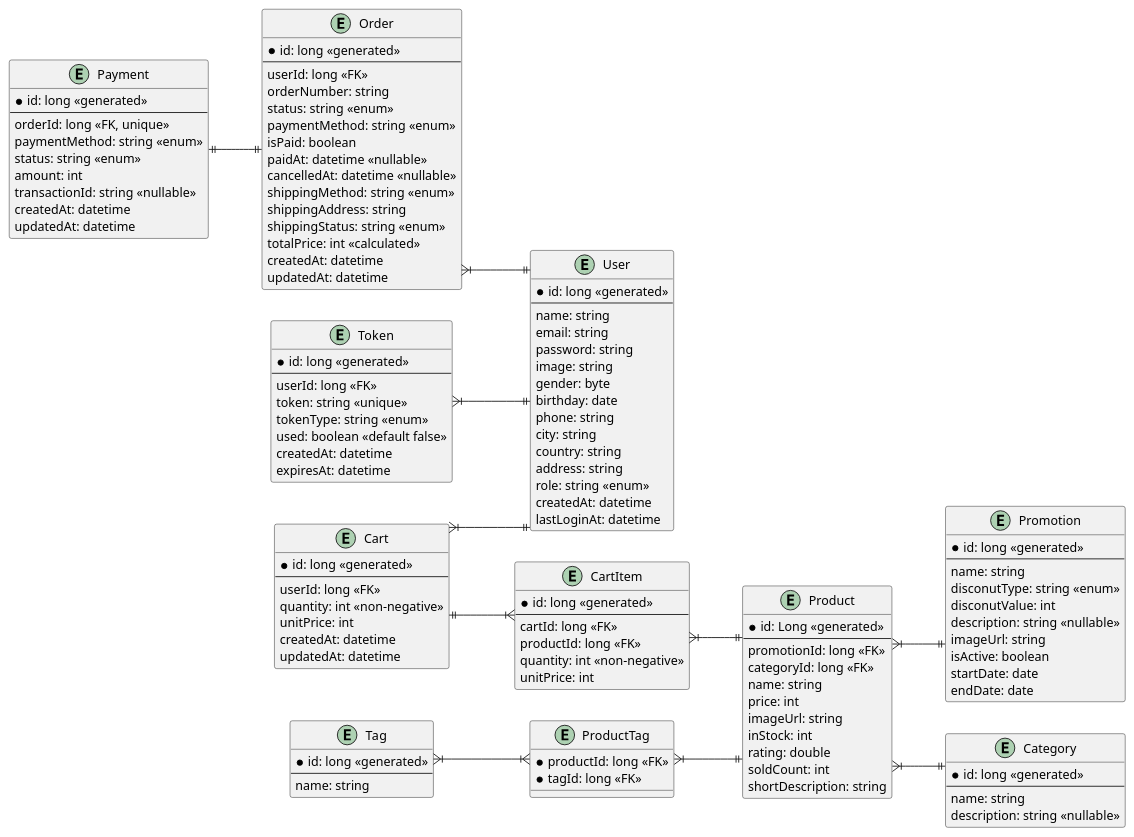
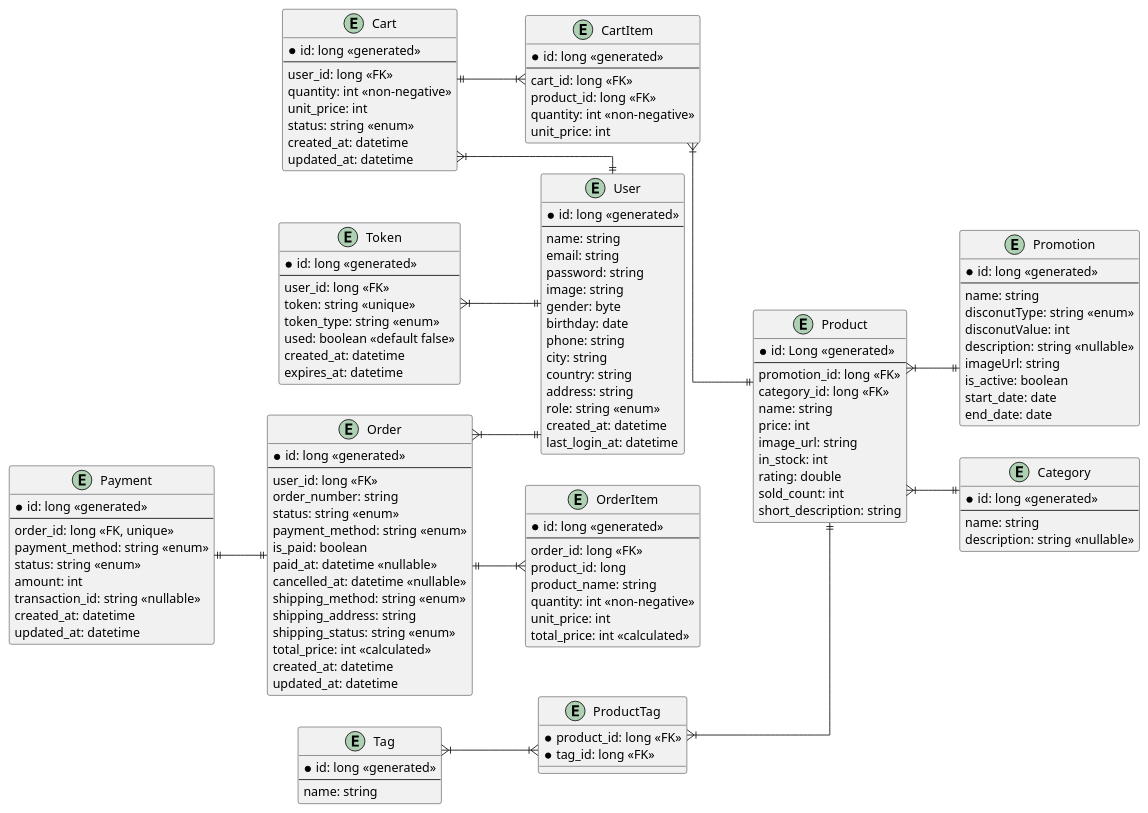
One commit to honeykokia/ecommerce-docs changed the diagram in docs/er-diagram.puml. Above: the diagram before and after it, drawn with PlantUML. The commit also changed 2 other files, not shown here.

Commit message:
feat: Update API spec , database schema, and er diagram
- Update API Spec (from api-spec.yaml)
 - POST /carts/me Change request body from CartInfo to CartAddItemRequest
 - Added POST /admin/promotions endpoint for retrieving promotion details
 - Added CartAddItemRequest dto for adding items to the cart
 - Added CreatePromotionRequest dto for admin to create promotions
 - Added CreateCategoryRequest dto for admin to create catrgories
 - Removed productId, quantity, unitPrice, updateAt field from CartInfo
 - Renamed price to unitPrice in OrderDetailInfo
- Update DataBase Schema & ER diagram
 - database-schema: Created order_items table to store order items
 - er-diagram:
  - Change parameter names to snake_case format
  - Added OrderItem entity to diagram

```diff
--- a/docs/er-diagram.puml
+++ b/docs/er-diagram.puml
@@ -1,147 +1,161 @@
 @startuml
 
 skinparam linetype ortho
 
 left to right direction
 
 entity "User" as User {
     *id: long <<generated>>
     ---
     name: string
     email: string
     password: string
     image: string
     gender: byte
     birthday: date
     phone: string
     city: string
     country: string
     address: string
     role: string <<enum>>
     'guest, member, admin
-    createdAt: datetime
-    lastLoginAt: datetime
+    created_at: datetime
+    last_login_at: datetime
 }
 
 entity "Product" as Product {
     *id: Long <<generated>>
     ---
-    promotionId: long <<FK>>
-    categoryId: long <<FK>>
+    promotion_id: long <<FK>>
+    category_id: long <<FK>>
     name: string
     price: int
-    imageUrl: string
-    inStock: int
+    image_url: string
+    in_stock: int
     rating: double
-    soldCount: int
-    shortDescription: string
+    sold_count: int
+    short_description: string
 }
 entity "CartItem" as CartItem {
     *id: long <<generated>>
     ---
-    cartId: long <<FK>>
-    productId: long <<FK>>
+    cart_id: long <<FK>>
+    product_id: long <<FK>>
     quantity: int <<non-negative>>
-    unitPrice: int
+    unit_price: int
 }
 
 entity "Cart" as Cart {
     *id: long <<generated>>
     ---
-    userId: long <<FK>>
+    user_id: long <<FK>>
     quantity: int <<non-negative>>
-    unitPrice: int
-    createdAt: datetime
-    updatedAt: datetime
+    unit_price: int
+    status: string <<enum>>
+    'ACTIVE, CHECKED_OUT, ABANDONED
+    created_at: datetime
+    updated_at: datetime
 }
 
 entity "Order" as Order {
     *id: long <<generated>>
     ---
-    userId: long <<FK>>
-    orderNumber: string
+    user_id: long <<FK>>
+    order_number: string
     status: string <<enum>>
     'PENDING, PAID, CANCELLED, SHIPPED, COMPLETED
-    paymentMethod: string <<enum>> 
+    payment_method: string <<enum>> 
     'CREDIT_CARD, PAYPAL
-    isPaid: boolean
-    paidAt: datetime <<nullable>>
-    cancelledAt: datetime <<nullable>>
-    shippingMethod: string <<enum>>
+    is_paid: boolean
+    paid_at: datetime <<nullable>>
+    cancelled_at: datetime <<nullable>>
+    shipping_method: string <<enum>>
     'STANDARD, EXPRESS
-    shippingAddress: string
-    shippingStatus: string <<enum>>
+    shipping_address: string
+    shipping_status: string <<enum>>
     'PENDING, IN_TRANSIT, DELIVERED
-    totalPrice: int <<calculated>>
-    createdAt: datetime
-    updatedAt: datetime
+    total_price: int <<calculated>>
+    created_at: datetime
+    updated_at: datetime
+}
+
+entity "OrderItem" as OrderItem{
+    *id: long <<generated>>
+    ---
+    order_id: long <<FK>>
+    product_id: long
+    product_name: string
+    quantity: int <<non-negative>>
+    unit_price: int
+    total_price: int <<calculated>>
 }
 
 entity "Promotion" as Promotion {
     *id: long <<generated>>
     ---
     name: string
     disconutType: string <<enum>>
     'PERCENTAGE, FIXED_AMOUNT
     disconutValue: int
     description: string <<nullable>>
     imageUrl: string
-    isActive: boolean
-    startDate: date
-    endDate: date
+    is_active: boolean
+    start_date: date
+    end_date: date
 }
 
 entity "Payment" as Payment {
     *id: long <<generated>>
     ---
-    orderId: long <<FK, unique>>
-    paymentMethod: string <<enum>> 
+    order_id: long <<FK, unique>>
+    payment_method: string <<enum>> 
     'CREDIT_CARD, PAYPAL, BANK_TRANSFER
     status: string <<enum>>
     'PENDING, COMPLETED, FAILED
     amount: int 
-    transactionId: string <<nullable>>
-    createdAt: datetime
-    updatedAt: datetime
+    transaction_id: string <<nullable>>
+    created_at: datetime
+    updated_at: datetime
 }
 
 entity "Category" as Category {
     *id: long <<generated>>
     ---
     name: string
     description: string <<nullable>>
 }
 
 entity "Tag" as Tag{
     *id: long <<generated>>
     ---
     name: string
 }
 entity "ProductTag" as ProductTag {
-    *productId: long <<FK>>
-    *tagId: long <<FK>>
+    *product_id: long <<FK>>
+    *tag_id: long <<FK>>
 }
 
 entity "Token" as Token {
     *id: long <<generated>>
     ---
-    userId: long <<FK>>
+    user_id: long <<FK>>
     token: string <<unique>>
-    tokenType: string <<enum>>
+    token_type: string <<enum>>
     'forgetPassword, emailVerification
     used: boolean <<default false>>
-    createdAt: datetime
-    expiresAt: datetime
+    created_at: datetime
+    expires_at: datetime
 }
 
 Tag }|--|{ ProductTag
 ProductTag }|--|| Product
 Cart }|--|| User
 Cart ||--|{ CartItem
 CartItem }|--|| Product
 Order }|--|| User
+Order ||--|{ OrderItem
 Product }|--|| Promotion
 Product }|--|| Category
 Payment ||--|| Order
 Token }|--|| User
 @enduml
```
